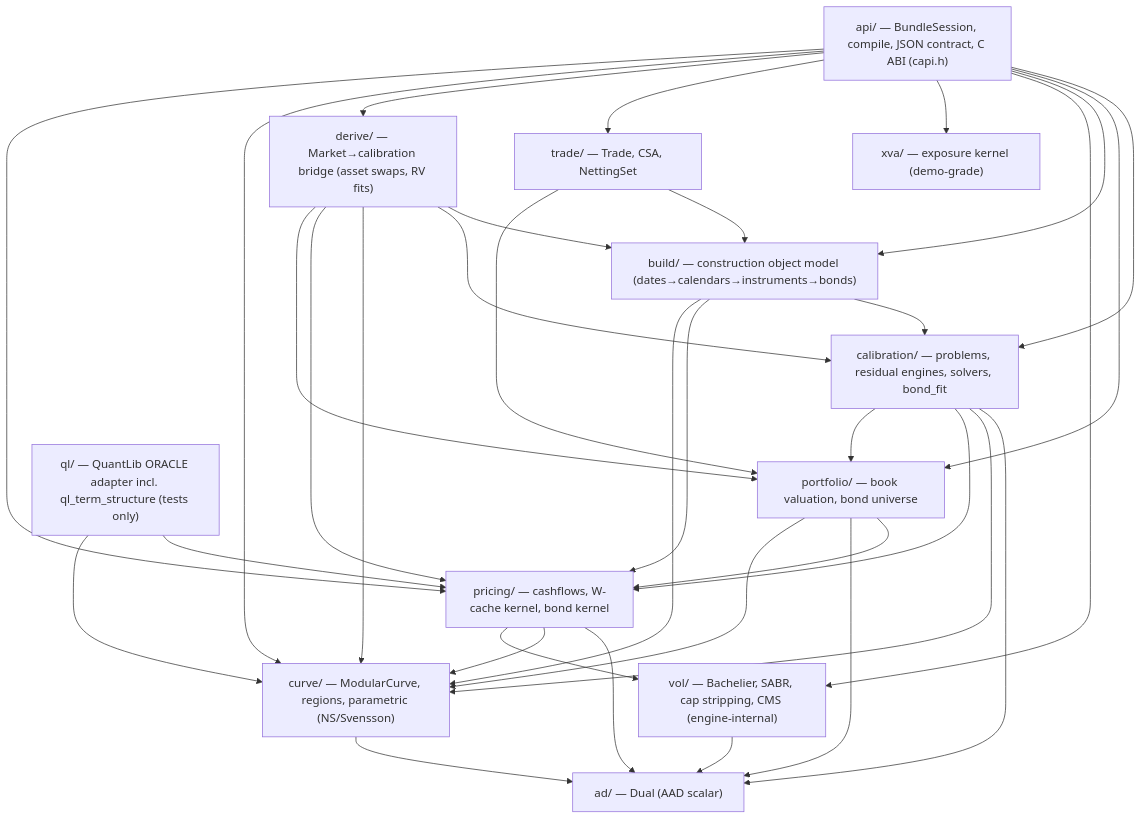
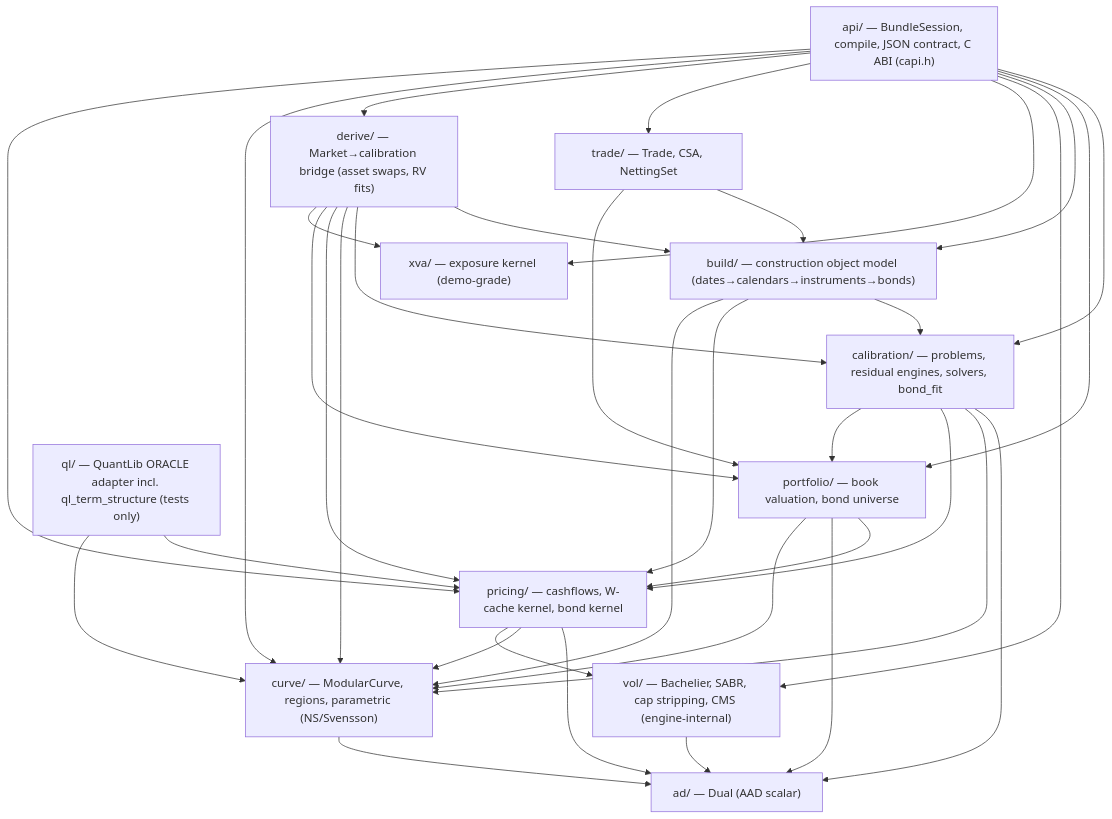
The first of 2 diagrams in ARCHITECTURE.md (kbro123/SwapEngine), drawn with Mermaid before and after one commit. The commit also changed 5 other files, not shown here.

````diff
--- a/ARCHITECTURE.md
+++ b/ARCHITECTURE.md
@@ -17,50 +17,51 @@
 ```mermaid
 graph TD
     ad["ad/ — Dual (AAD scalar)"]
     curve["curve/ — ModularCurve, regions, parametric (NS/Svensson)"]
     pricing["pricing/ — cashflows, W-cache kernel, bond kernel"]
     calibration["calibration/ — problems, residual engines, solvers, bond_fit"]
     portfolio["portfolio/ — book valuation, bond universe"]
     build["build/ — construction object model (dates→calendars→instruments→bonds)"]
     vol["vol/ — Bachelier, SABR, cap stripping, CMS (engine-internal)"]
     xva["xva/ — exposure kernel (demo-grade)"]
     trade["trade/ — Trade, CSA, NettingSet"]
     derive["derive/ — Market→calibration bridge (asset swaps, RV fits)"]
     api["api/ — BundleSession, compile, JSON contract, C ABI (capi.h)"]
     ql["ql/ — QuantLib ORACLE adapter incl. ql_term_structure (tests only)"]
 
     curve --> ad
     pricing --> ad
     pricing --> curve
     calibration --> ad
     calibration --> curve
     calibration --> pricing
     portfolio --> pricing
     build --> calibration
     build --> pricing
     trade --> build
     trade --> portfolio
     derive --> build
     derive --> calibration
     api --> calibration
     api --> portfolio
     api --> build
     api --> vol
     api --> xva
     api --> trade
     api --> derive
     ql --> pricing
     ql --> curve
 
     vol --> ad
     pricing --> vol
     portfolio --> ad
     portfolio --> curve
     build --> curve
     calibration --> portfolio
     derive --> curve
     derive --> pricing
     derive --> portfolio
+    derive --> xva
     api --> curve
     api --> pricing
 ```
````
